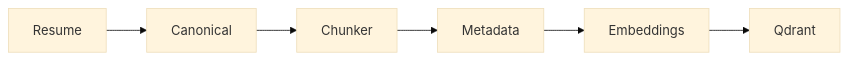
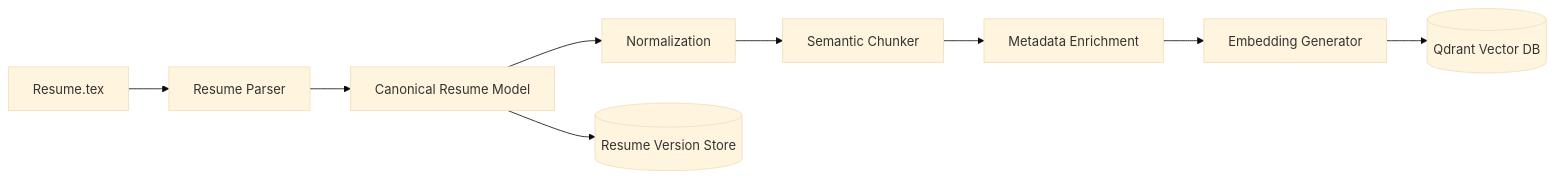
Before and after one commit to rsinghcodes/Tailr: the diagram in docs/Diagrams/06-Knowledge-Indexing.mmd, drawn with Mermaid (base theme). The commit also changed 35 other files, not shown here.

Commit message:
updated documentation and diagram with guardrail

```diff
--- a/docs/Diagrams/06-Knowledge-Indexing.mmd
+++ b/docs/Diagrams/06-Knowledge-Indexing.mmd
@@ -1,13 +1,19 @@
 flowchart LR
 
-Resume
+Resume[Resume.tex]
 
-Resume --> Canonical
+Resume --> Parser[Resume Parser]
 
-Canonical --> Chunker
+Parser --> Canonical[Canonical Resume Model]
 
-Chunker --> Metadata
+Canonical --> Normalize[Normalization]
 
-Metadata --> Embeddings
+Normalize --> Chunker[Semantic Chunker]
 
-Embeddings --> Qdrant
+Chunker --> Metadata[Metadata Enrichment]
+
+Metadata --> Embeddings[Embedding Generator]
+
+Embeddings --> Qdrant[(Qdrant Vector DB)]
+
+Canonical --> Versions[(Resume Version Store)]
```
